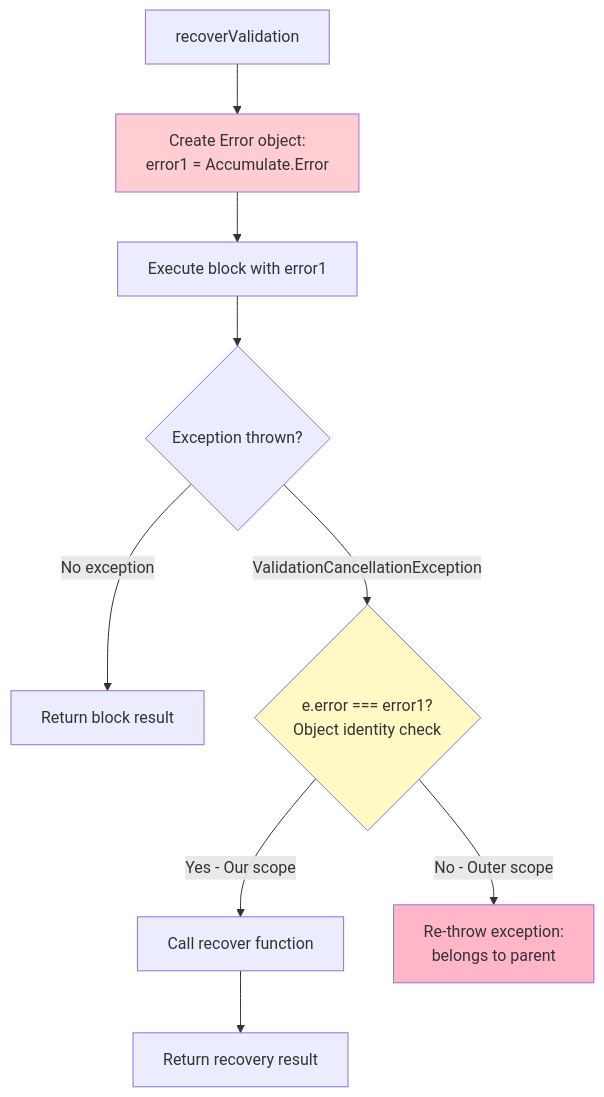
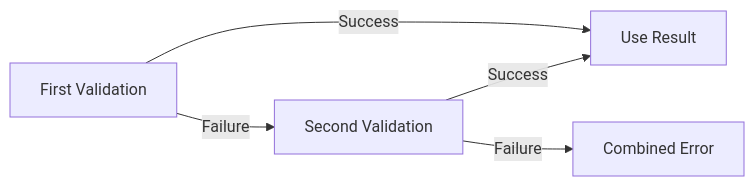
The second of 3 diagrams in docs/ERROR_ACCUMULATION.md (komapper/kova), drawn with Mermaid before and after one commit. The commit also changed other lines of this file and 1 other file, not shown here.

First line of the commit message:
Rewrite ERROR_ACCUMULATION.md and make accumulating/recoverValidation internal

````diff
--- a/docs/ERROR_ACCUMULATION.md
+++ b/docs/ERROR_ACCUMULATION.md
@@ -559,15 +75,7 @@
 ```mermaid
-flowchart TD
-    A[recoverValidation] --> B[Create Error object:<br/>error1 = Accumulate.Error ]
-    B --> C[Execute block with error1]
-    C --> D{Exception thrown?}
-    D -->|No exception| E[Return block result]
-    D -->|ValidationCancellationException| F{e.error === error1?<br/>Object identity check}
-    F -->|Yes - Our scope| G[Call recover function]
-    F -->|No - Outer scope| H[Re-throw exception:<br/>belongs to parent]
-    G --> I[Return recovery result]
-
-    style B fill:#FFCDD2
-    style F fill:#FFF9C4
-    style H fill:#FFB6C6
+flowchart LR
+    A[First Validation] -->|Success| B[Use Result]
+    A -->|Failure| C[Second Validation]
+    C -->|Success| B
+    C -->|Failure| D[Combined Error]
 ```
````
